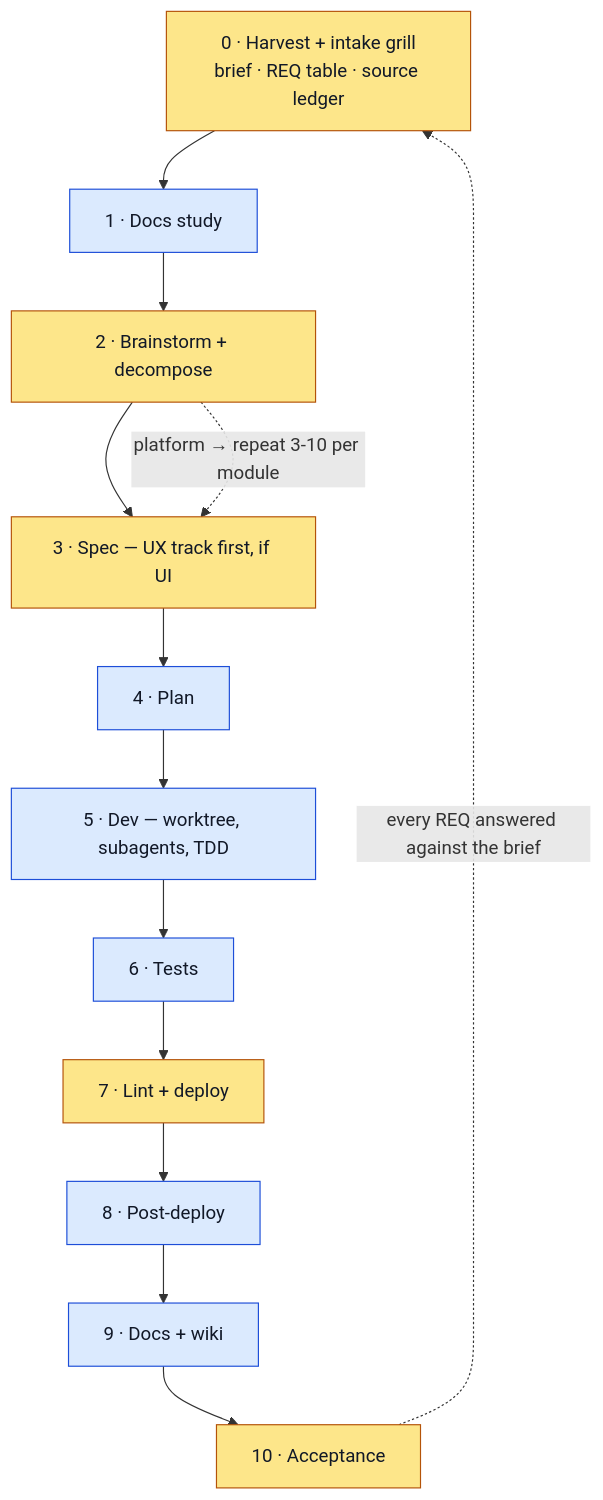
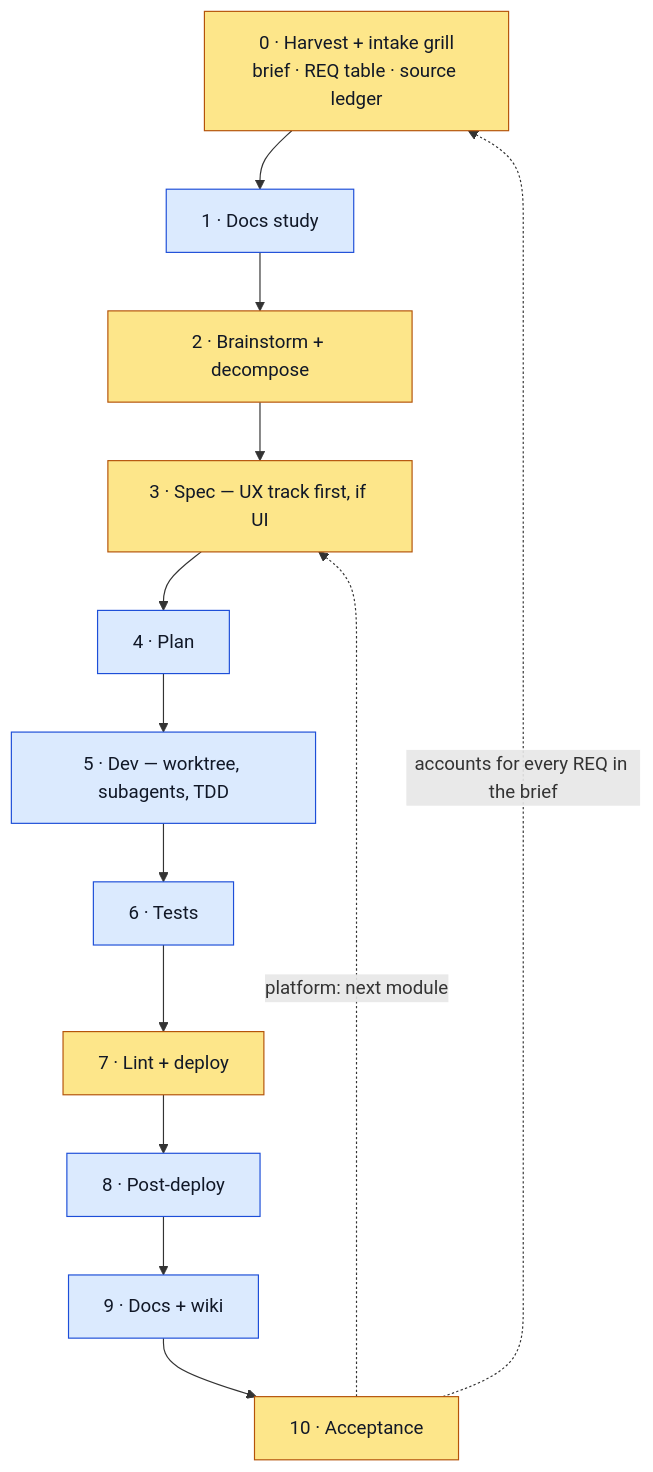
Before and after one commit to ssheleg/task-pipeline: the diagram in README.md, drawn with Mermaid. The commit also changed 5 other files, not shown here.

````diff
--- a/README.md
+++ b/README.md
@@ -32,23 +32,23 @@
 ```mermaid
 flowchart TD
     S0["0 · Harvest + intake grill<br/>brief · REQ table · source ledger"]
     S1["1 · Docs study"]
     S2["2 · Brainstorm + decompose"]
     S3["3 · Spec — UX track first, if UI"]
     S4["4 · Plan"]
     S5["5 · Dev — worktree, subagents, TDD"]
     S6["6 · Tests"]
     S7["7 · Lint + deploy"]
     S8["8 · Post-deploy"]
     S9["9 · Docs + wiki"]
     S10["10 · Acceptance"]
 
     S0 --> S1 --> S2 --> S3 --> S4 --> S5 --> S6 --> S7 --> S8 --> S9 --> S10
-    S2 -. "platform → repeat 3-10 per module" .-> S3
-    S10 -. "every REQ answered against the brief" .-> S0
+    S10 -. "platform: next module" .-> S3
+    S10 -. "accounts for every REQ in the brief" .-> S0
 
     classDef manual fill:#fde68a,stroke:#b45309,color:#111827
     classDef auto fill:#dbeafe,stroke:#1d4ed8,color:#111827
     class S0,S2,S3,S7,S10 manual
     class S1,S4,S5,S6,S8,S9 auto
 ```
````
